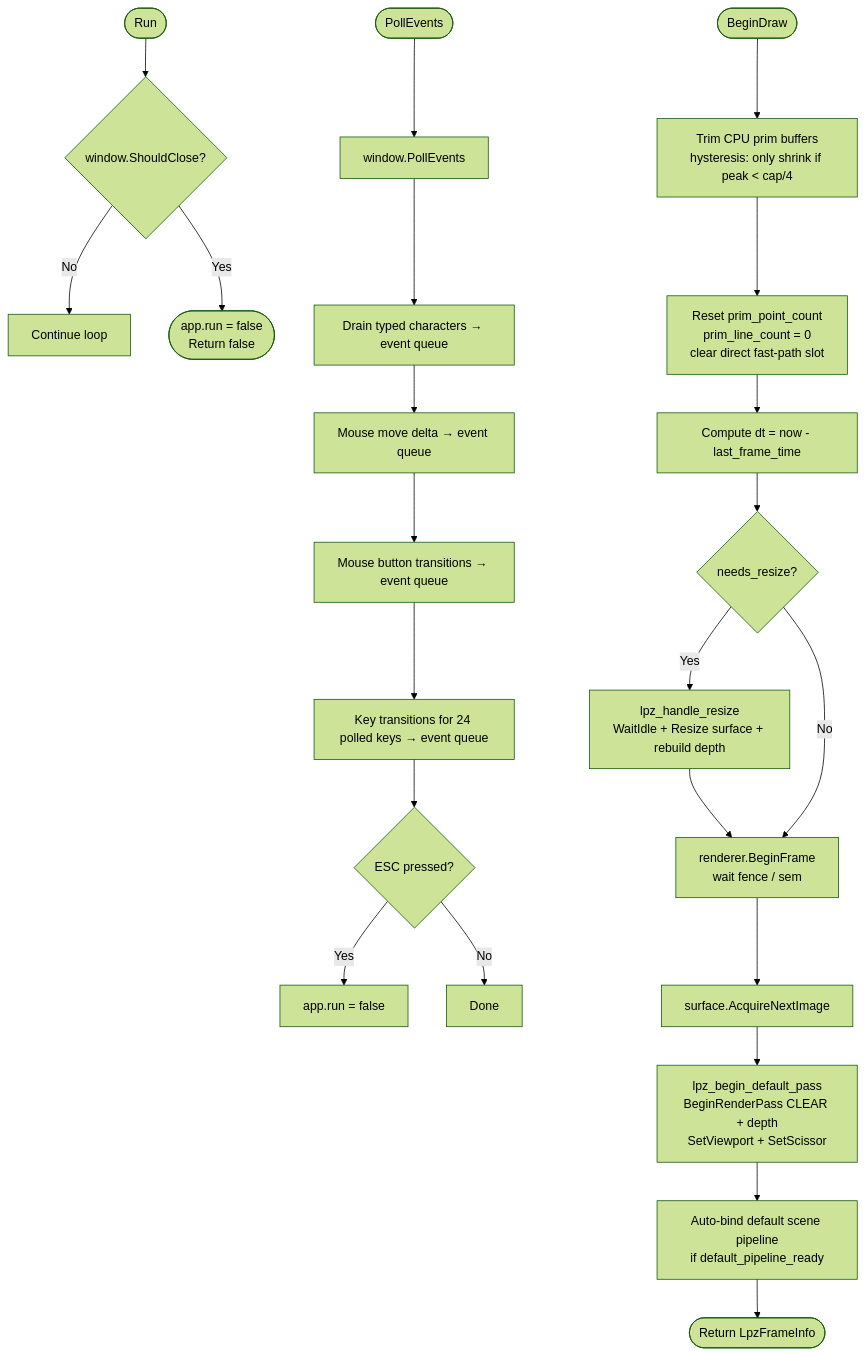
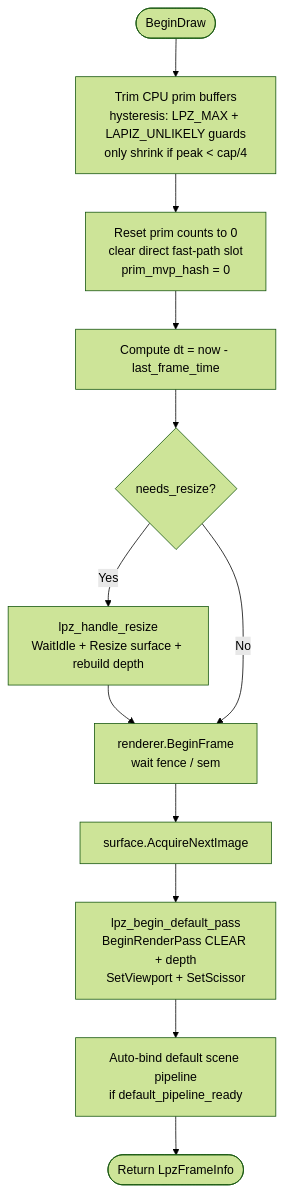
Before and after one commit to UlizesR/Lapiz: diagram 13 of 19 in README.md, drawn with Mermaid (forest theme). The commit also changed other lines of this file and 12 other files, not shown here.

````diff
--- a/README.md
+++ b/README.md
@@ -596,27 +636,14 @@
 ```mermaid
 flowchart TD
-    R([Run]) --> SC{window.ShouldClose?}
-    SC -- No --> loop[Continue loop]
-    SC -- Yes --> stop([app.run = false\nReturn false])
-
-    PE([PollEvents]) --> PW[window.PollEvents]
-    PW --> TYP[Drain typed characters → event queue]
-    TYP --> MM[Mouse move delta → event queue]
-    MM --> MB[Mouse button transitions → event queue]
-    MB --> KP[Key transitions for 24 polled keys → event queue]
-    KP --> ESC{ESC pressed?}
-    ESC -- Yes --> app_run_false[app.run = false]
-    ESC -- No --> done[Done]
-
-    BD([BeginDraw]) --> TRIM[Trim CPU prim buffers\nhysteresis: only shrink if peak < cap/4]
-    TRIM --> RST[Reset prim_point_count\nprim_line_count = 0\nclear direct fast-path slot]
+    BD([BeginDraw]) --> TRIM[Trim CPU prim buffers\nhysteresis: LPZ_MAX + LAPIZ_UNLIKELY guards\nonly shrink if peak < cap/4]
+    TRIM --> RST[Reset prim counts to 0\nclear direct fast-path slot\nprim_mvp_hash = 0]
     RST --> DT[Compute dt = now - last_frame_time]
     DT --> RZ{needs_resize?}
     RZ -- Yes --> HZ[lpz_handle_resize\nWaitIdle + Resize surface + rebuild depth]
     HZ --> BF
     RZ -- No --> BF[renderer.BeginFrame\nwait fence / sem]
     BF --> ACQ[surface.AcquireNextImage]
     ACQ --> PASS[lpz_begin_default_pass\nBeginRenderPass CLEAR + depth\nSetViewport + SetScissor]
     PASS --> AUTO[Auto-bind default scene pipeline\nif default_pipeline_ready]
     AUTO --> RET([Return LpzFrameInfo])
 ```
````
